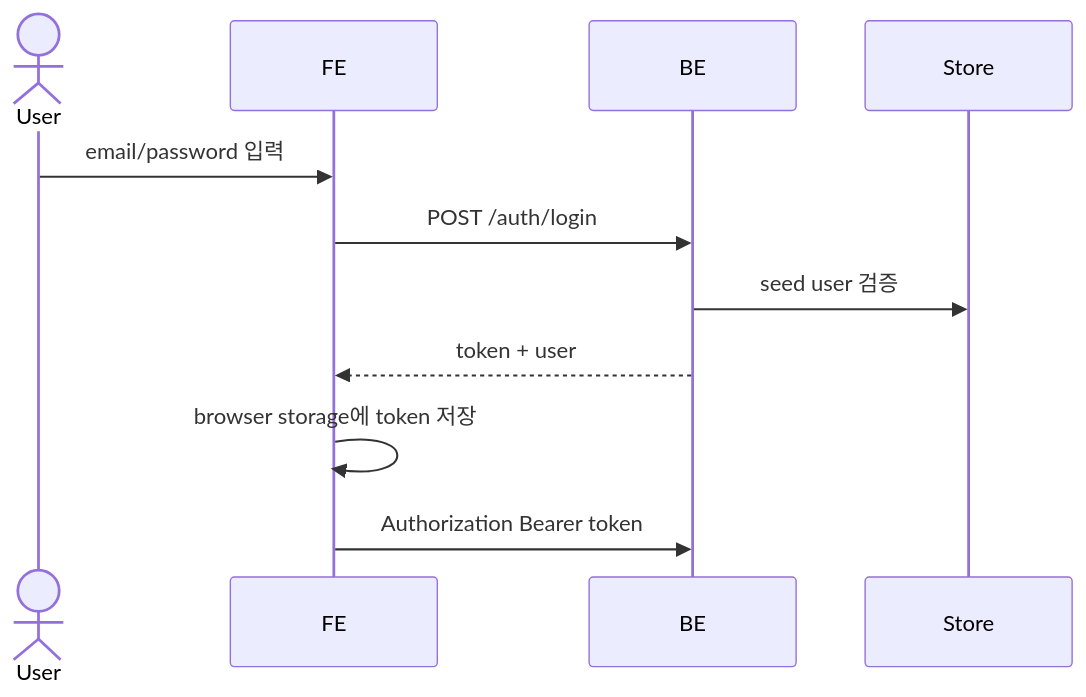
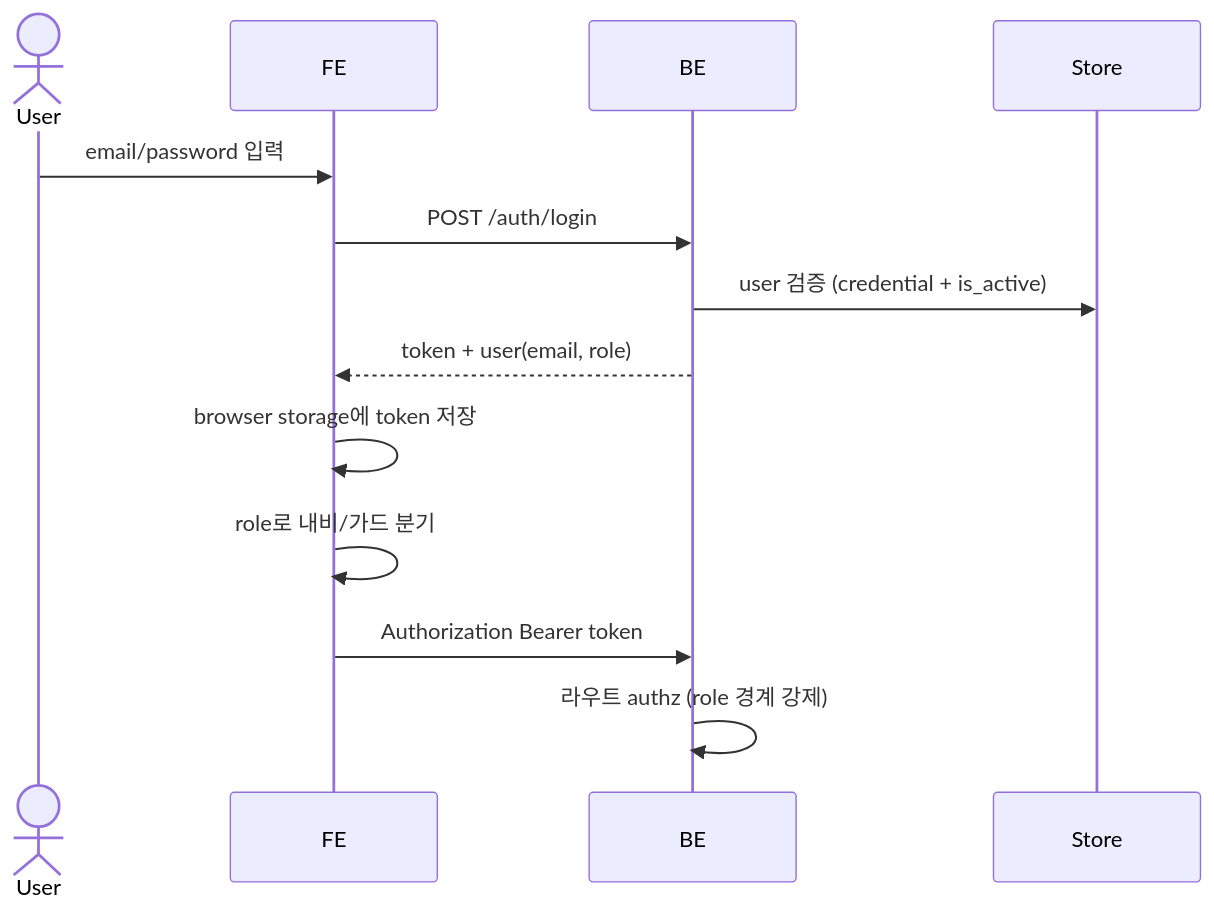
One commit to kknaks/kknaks_profile changed the diagram in products/ax-knowledge-graph/20-spec/spec-008-simple-token-auth.md. Above: the diagram before and after it, drawn with Mermaid. The commit also changed other lines of this file and 23 other files, not shown here.

````diff
--- a/products/ax-knowledge-graph/20-spec/spec-008-simple-token-auth.md
+++ b/products/ax-knowledge-graph/20-spec/spec-008-simple-token-auth.md
@@ -191,14 +265,16 @@
 ```mermaid
 sequenceDiagram
     actor User
     participant FE
     participant BE
     participant Store
 
     User->>FE: email/password 입력
     FE->>BE: POST /auth/login
-    BE->>Store: seed user 검증
-    BE-->>FE: token + user
+    BE->>Store: user 검증 (credential + is_active)
+    BE-->>FE: token + user(email, role)
     FE->>FE: browser storage에 token 저장
+    FE->>FE: role로 내비/가드 분기
     FE->>BE: Authorization Bearer token
+    BE->>BE: 라우트 authz (role 경계 강제)
 ```
````
